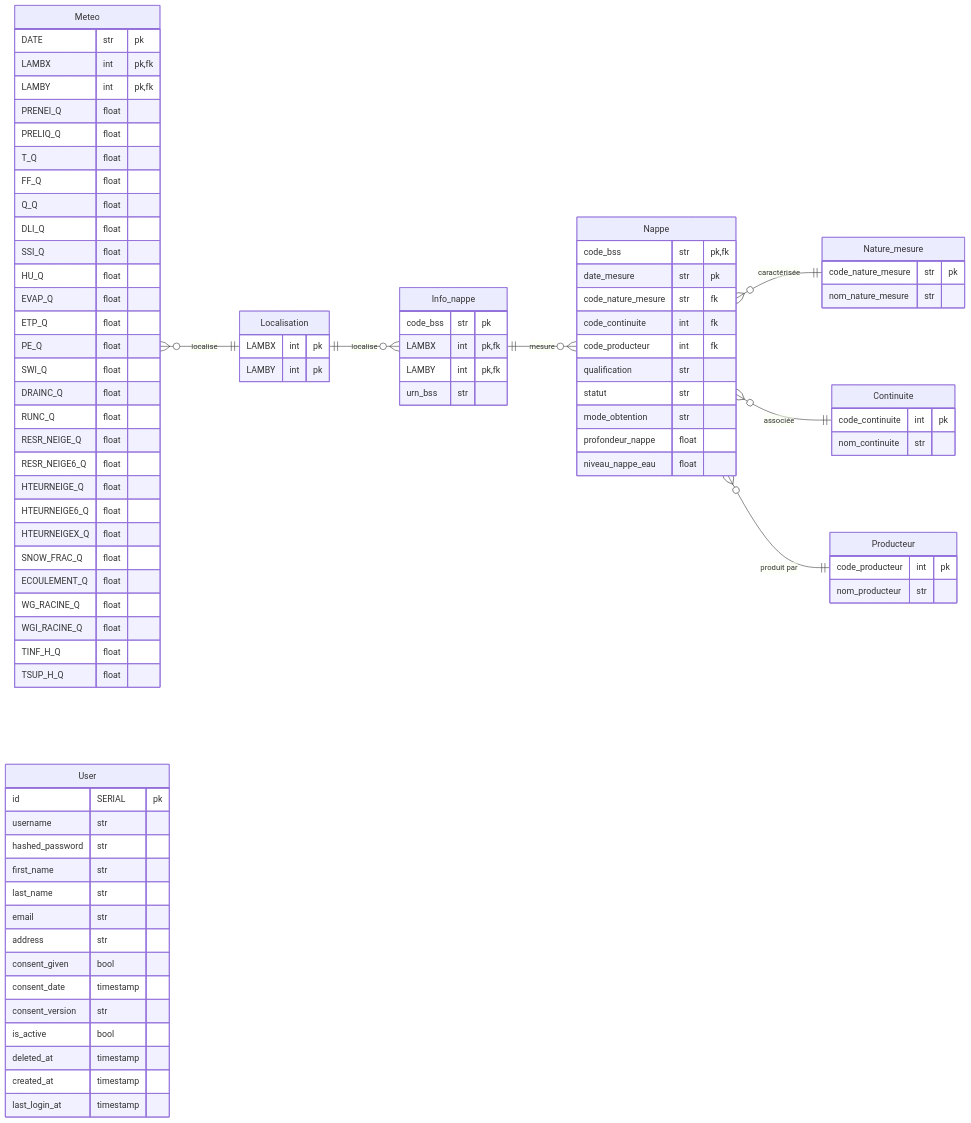
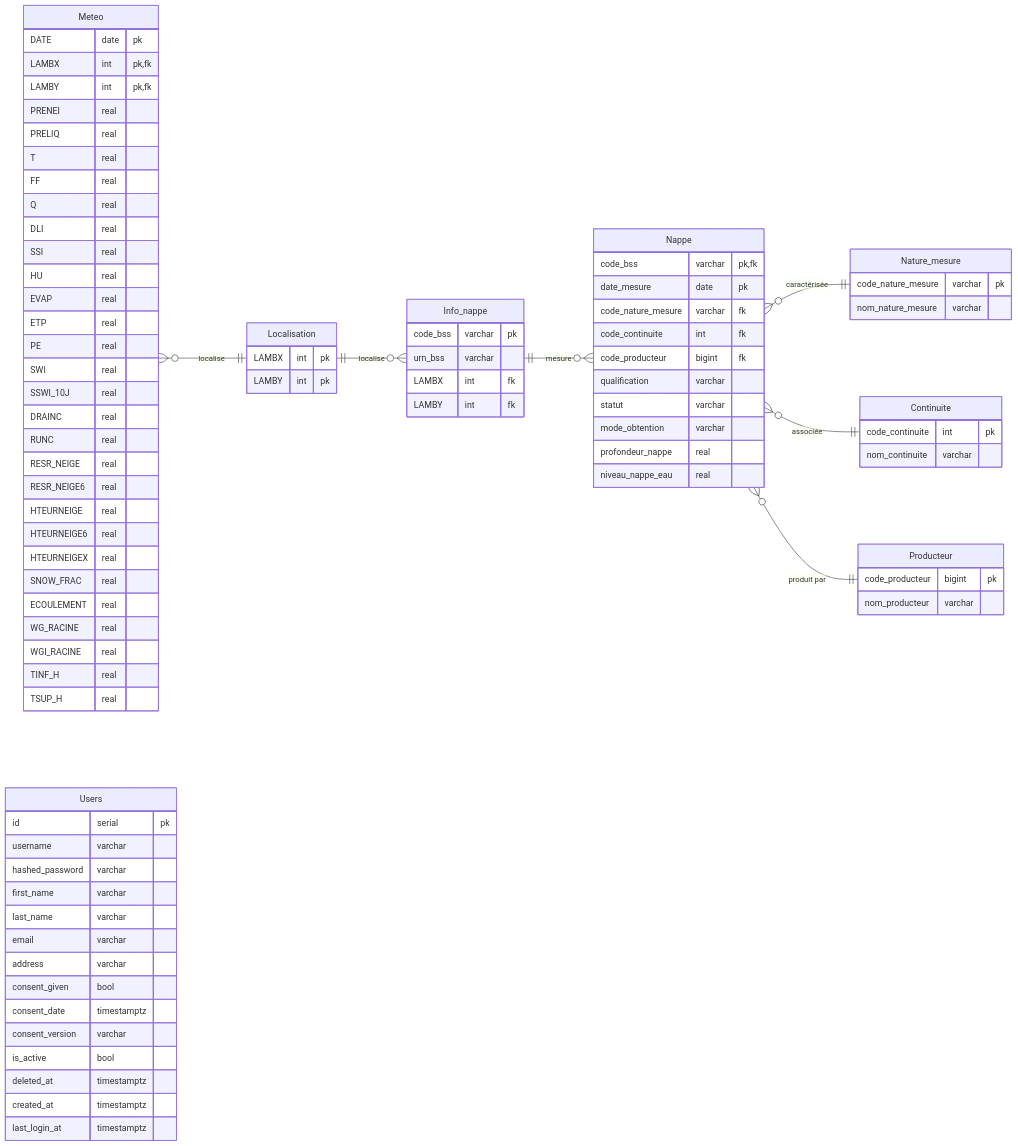
Before and after one commit to StevenDelval/Projet_certification_data_engineer: the diagram in schemas/schema_base_de_donnees.md, drawn with Mermaid.

Commit message:
correct schema

````diff
--- a/schemas/schema_base_de_donnees.md
+++ b/schemas/schema_base_de_donnees.md
@@ -1,105 +1,100 @@
 ```mermaid
 erDiagram
     direction LR
-
-Meteo {
-    DATE str pk
-    LAMBX int pk,fk
-    LAMBY int pk,fk
-    PRENEI_Q float
-    PRELIQ_Q float
-    T_Q float
-    FF_Q float
-    Q_Q float
-    DLI_Q float
-    SSI_Q float
-    HU_Q float
-    EVAP_Q float
-    ETP_Q float
-    PE_Q float
-    SWI_Q float
-    DRAINC_Q float
-    RUNC_Q float
-    RESR_NEIGE_Q float
-    RESR_NEIGE6_Q float
-    HTEURNEIGE_Q float
-    HTEURNEIGE6_Q float
-    HTEURNEIGEX_Q float
-    SNOW_FRAC_Q float
-    ECOULEMENT_Q float
-    WG_RACINE_Q float
-    WGI_RACINE_Q float
-    TINF_H_Q float
-    TSUP_H_Q float
-}
-Info_nappe {
-    code_bss str pk
-    LAMBX int pk,fk
-    LAMBY int pk,fk
-    urn_bss str
-}
 
 Localisation {
     LAMBX int pk
     LAMBY int pk
 }
 
-Nappe {
-    code_bss str pk,fk
-    date_mesure str pk
-    code_nature_mesure str fk
-    code_continuite int fk
-    code_producteur int fk 
-    qualification str
-    statut str
-    mode_obtention str
-    profondeur_nappe float
-    niveau_nappe_eau float
+Meteo {
+    DATE date pk
+    LAMBX int pk,fk
+    LAMBY int pk,fk
+    PRENEI real
+    PRELIQ real
+    T real
+    FF real
+    Q real
+    DLI real
+    SSI real
+    HU real
+    EVAP real
+    ETP real
+    PE real
+    SWI real
+    SSWI_10J real
+    DRAINC real
+    RUNC real
+    RESR_NEIGE real
+    RESR_NEIGE6 real
+    HTEURNEIGE real
+    HTEURNEIGE6 real
+    HTEURNEIGEX real
+    SNOW_FRAC real
+    ECOULEMENT real
+    WG_RACINE real
+    WGI_RACINE real
+    TINF_H real
+    TSUP_H real
 }
+
+Info_nappe {
+    code_bss varchar pk
+    urn_bss varchar
+    LAMBX int fk
+    LAMBY int fk
+}
+
 Nature_mesure {
-    code_nature_mesure str pk
-    nom_nature_mesure str
+    code_nature_mesure varchar pk
+    nom_nature_mesure varchar
 }
+
 Continuite {
     code_continuite int pk
-    nom_continuite str
-}
-Producteur {
-    code_producteur int pk
-    nom_producteur str
+    nom_continuite varchar
 }
 
-
-
-
-User {
-    id SERIAL pk
-
-    username str 
-    hashed_password str 
-
-    first_name str
-    last_name str
-    email str
-    address str
-
-    consent_given bool 
-    consent_date timestamp
-    consent_version str
-
-    is_active bool  
-    deleted_at timestamp
-
-    created_at timestamp 
-    last_login_at timestamp
+Producteur {
+    code_producteur bigint pk
+    nom_producteur varchar
 }
 
+Nappe {
+    code_bss varchar pk,fk
+    date_mesure date pk
+    code_nature_mesure varchar fk
+    code_continuite int fk
+    code_producteur bigint fk
+    qualification varchar
+    statut varchar
+    mode_obtention varchar
+    profondeur_nappe real
+    niveau_nappe_eau real
+}
+
+Users {
+    id serial pk
+    username varchar
+    hashed_password varchar
+    first_name varchar
+    last_name varchar
+    email varchar
+    address varchar
+    consent_given bool
+    consent_date timestamptz
+    consent_version varchar
+    is_active bool
+    deleted_at timestamptz
+    created_at timestamptz
+    last_login_at timestamptz
+}
 
 Meteo many to 1 Localisation : "localise"
 Localisation 1 to many Info_nappe : "localise"
 Info_nappe 1 to many Nappe : "mesure"
-Nappe many to 1 Nature_mesure : "caractérisée "
+Nappe many to 1 Nature_mesure : "caractérisée"
 Nappe many to 1 Continuite : "associée"
 Nappe many to 1 Producteur : "produit par"
-
 ```
````
